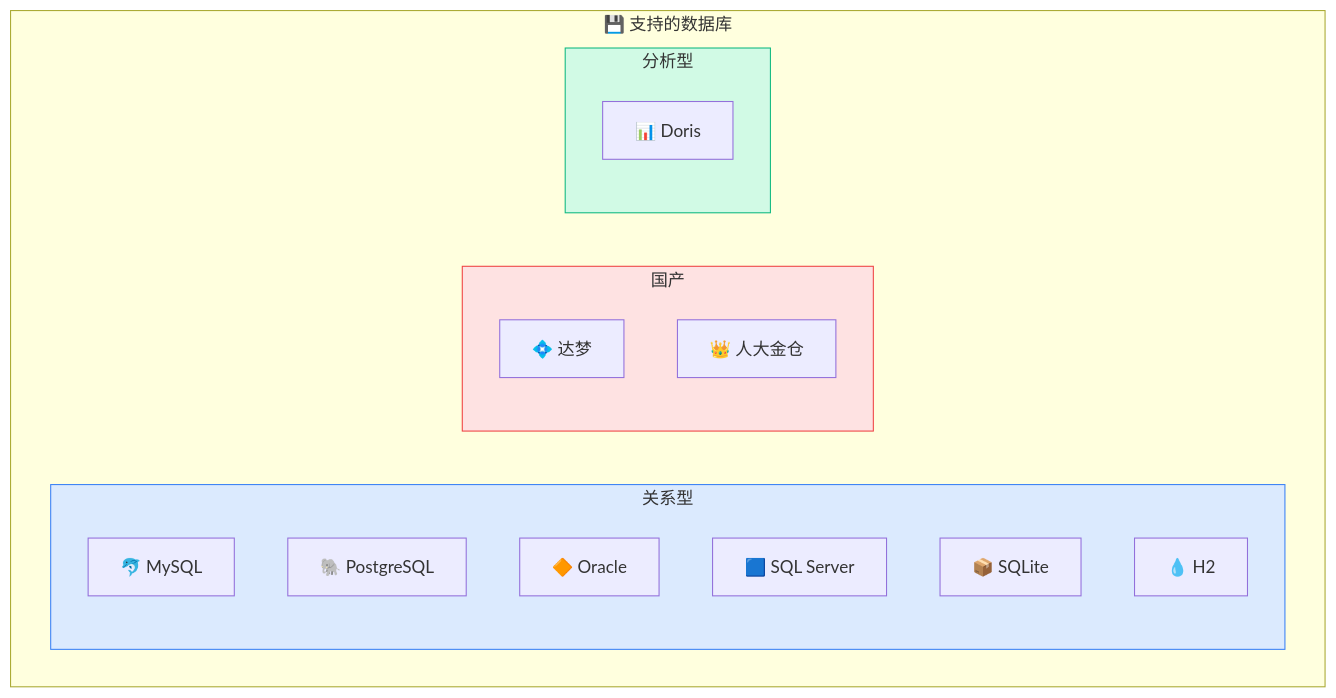
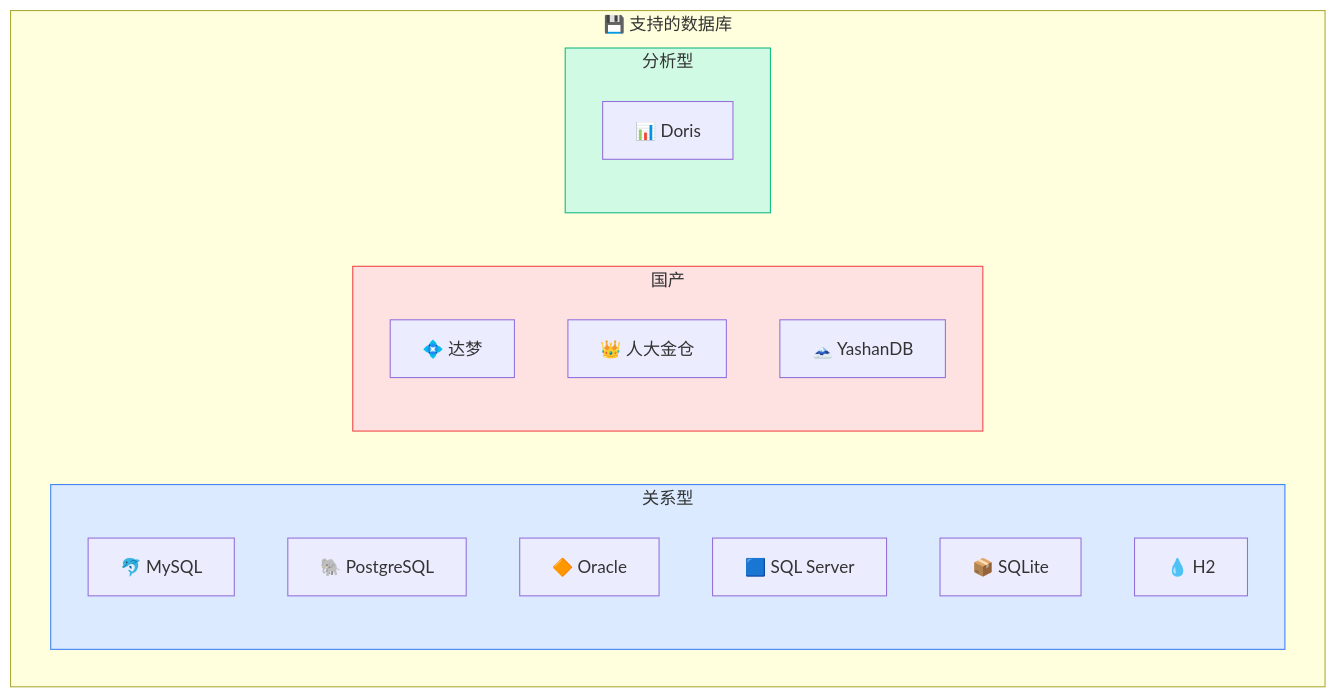
Before and after one commit to dromara/auto-table: the fourth of 6 diagrams in auto-table-doc/docs/快速开始/简介.md, drawn with Mermaid. The commit also changed other lines of this file and 5 other files, not shown here.

````diff
--- a/auto-table-doc/docs/快速开始/简介.md
+++ b/auto-table-doc/docs/快速开始/简介.md
@@ -128,28 +128,29 @@
 ```mermaid
 flowchart TB
     subgraph databases["💾 支持的数据库"]
         direction LR
         
         subgraph relational["关系型"]
             D1["🐬 MySQL"]
             D2["🐘 PostgreSQL"]
             D3["🔶 Oracle"]
             D9["🟦 SQL Server"]
             D4["📦 SQLite"]
             D5["💧 H2"]
         end
         
         subgraph domestic["国产"]
             D6["💠 达梦"]
             D7["👑 人大金仓"]
+            D10["🗻 YashanDB"]
         end
         
         subgraph analytical["分析型"]
             D8["📊 Doris"]
         end
     end
 
     style relational fill:#dbeafe,stroke:#3b82f6
     style domestic fill:#fee2e2,stroke:#ef4444
     style analytical fill:#d1fae5,stroke:#10b981
 ```
````
